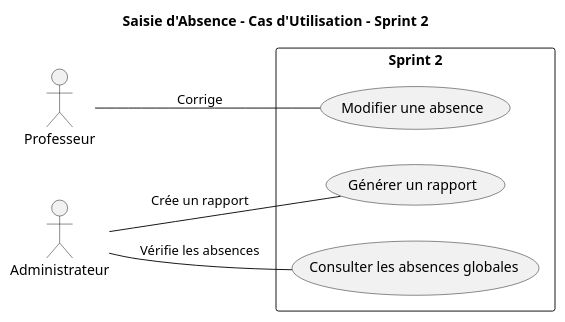
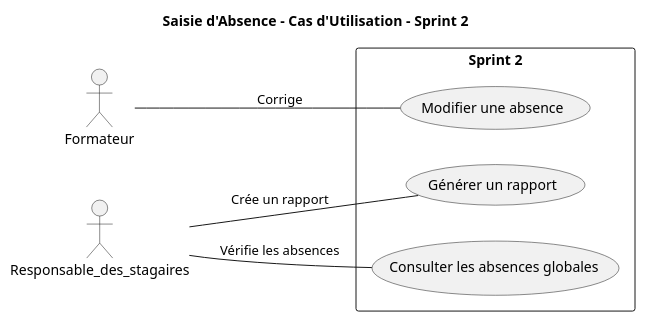
Before and after one commit to DevZakariaAz/19.Ui_Ux_Session: the diagram in Branche_fonctionnelle/Use_Cases/UseCases_Sprint_2.plantuml, drawn with PlantUML. The commit also changed 3 other files, not shown here.

```diff
--- a/Branche_fonctionnelle/Use_Cases/UseCases_Sprint_2.plantuml
+++ b/Branche_fonctionnelle/Use_Cases/UseCases_Sprint_2.plantuml
@@ -1,18 +1,18 @@
 @startuml
 title Saisie d'Absence - Cas d'Utilisation - Sprint 2
 left to right direction
 
-actor Professeur as U
-actor Administrateur as A
+actor Formateur as U
+actor Responsable_des_stagaires as A
 
 rectangle "Sprint 2" {
     usecase UC3 as "Modifier une absence"
     usecase UC4 as "Générer un rapport"
     usecase UC5 as "Consulter les absences globales"
 }
 
 U -- UC3 : "Corrige"
 A -- UC5 : "Vérifie les absences"
 A -- UC4 : "Crée un rapport"
 
 @enduml
```
